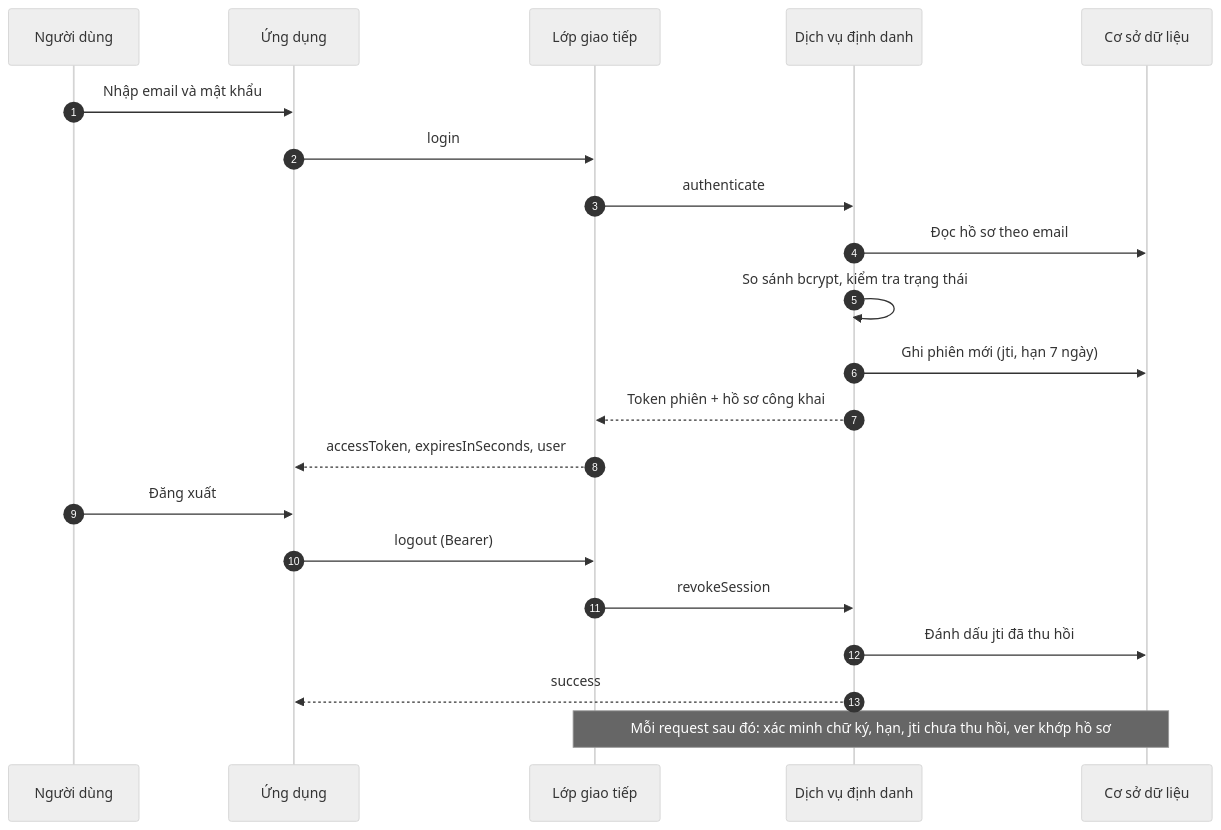
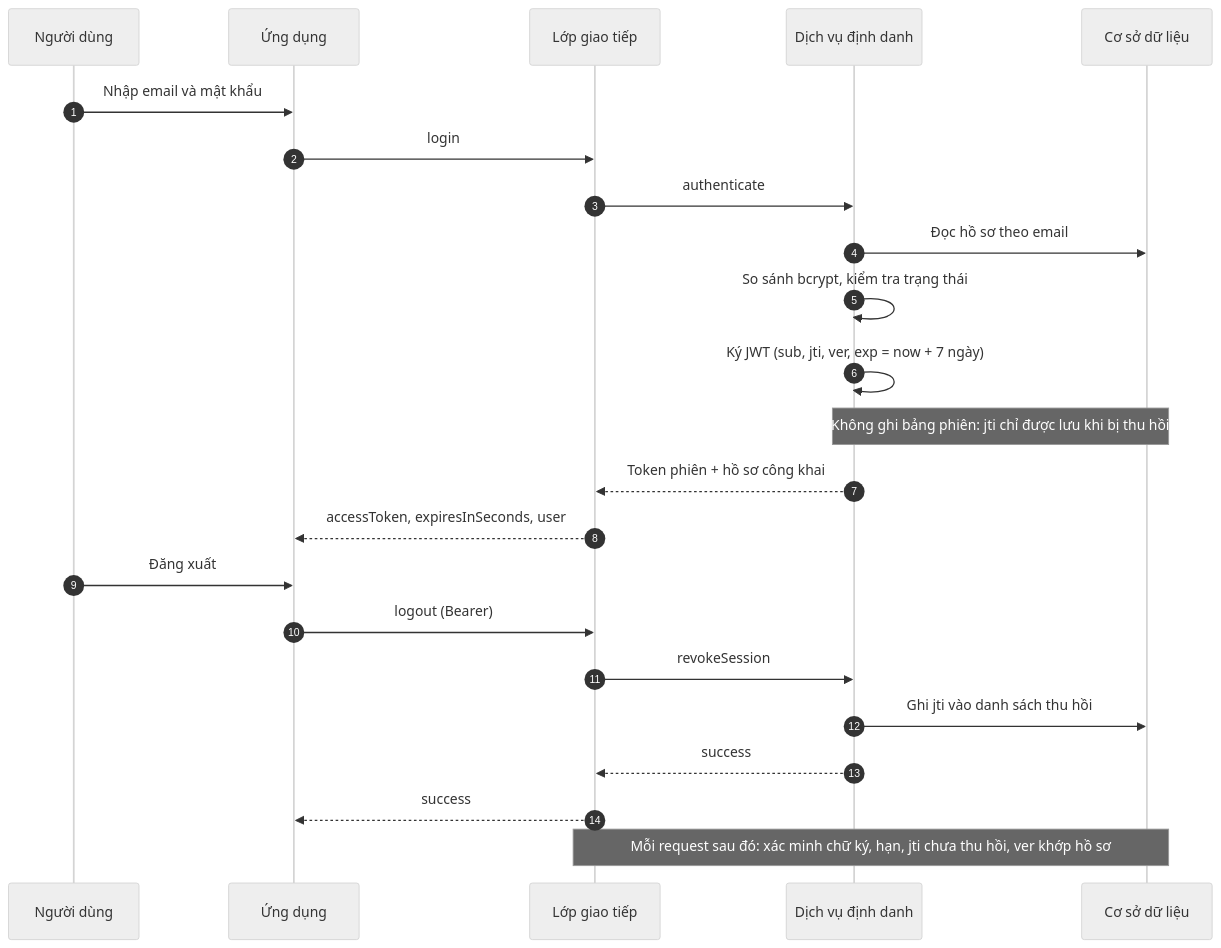
The first of 2 diagrams in docs/thiet_ke/5.4-A_security_design.md (anqp5002/ToMateTo), drawn with Mermaid (neutral theme) before and after one commit. The commit also changed other lines of this file and 1 other file, not shown here.

````diff
--- a/docs/thiet_ke/5.4-A_security_design.md
+++ b/docs/thiet_ke/5.4-A_security_design.md
@@ -83,26 +84,28 @@
 ```mermaid
 sequenceDiagram
     autonumber
     participant U as Người dùng
     participant FE as Ứng dụng
     participant P1 as Lớp giao tiếp
     participant B1 as Dịch vụ định danh
     participant DB as Cơ sở dữ liệu
 
     U->>FE: Nhập email và mật khẩu
     FE->>P1: login
     P1->>B1: authenticate
     B1->>DB: Đọc hồ sơ theo email
     B1->>B1: So sánh bcrypt, kiểm tra trạng thái
-    B1->>DB: Ghi phiên mới (jti, hạn 7 ngày)
+    B1->>B1: Ký JWT (sub, jti, ver, exp = now + 7 ngày)
+    Note over B1,DB: Không ghi bảng phiên: jti chỉ được lưu khi bị thu hồi
     B1-->>P1: Token phiên + hồ sơ công khai
     P1-->>FE: accessToken, expiresInSeconds, user
 
     U->>FE: Đăng xuất
     FE->>P1: logout (Bearer)
     P1->>B1: revokeSession
-    B1->>DB: Đánh dấu jti đã thu hồi
-    B1-->>FE: success
+    B1->>DB: Ghi jti vào danh sách thu hồi
+    B1-->>P1: success
+    P1-->>FE: success
 
     Note over P1,DB: Mỗi request sau đó: xác minh chữ ký, hạn, jti chưa thu hồi, ver khớp hồ sơ
 ```
````
